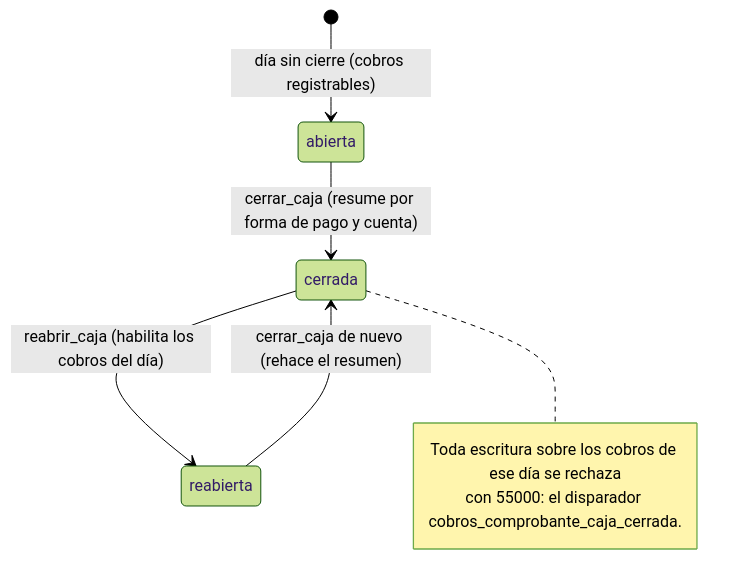
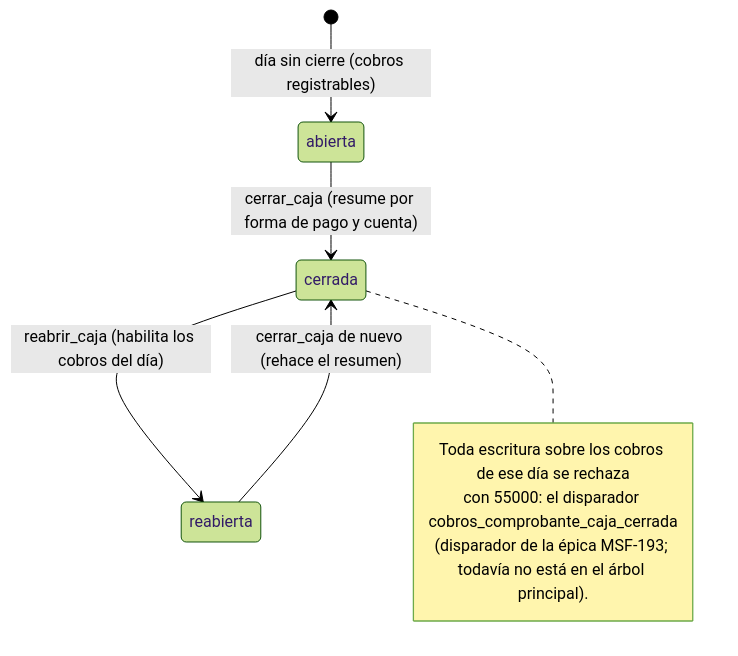
One commit to nicolasjones/multistorefront-meli changed diagram 27 of 48 in docs/tecnico/flujos.md. Above: the diagram before and after it, drawn with Mermaid (forest theme). The commit also changed 7 other files, not shown here.

````diff
--- a/docs/tecnico/flujos.md
+++ b/docs/tecnico/flujos.md
@@ -594,11 +594,12 @@
 ```mermaid
 stateDiagram-v2
   [*] --> abierta: día sin cierre (cobros registrables)
   abierta --> cerrada: cerrar_caja (resume por forma de pago y cuenta)
   cerrada --> reabierta: reabrir_caja (habilita los cobros del día)
   reabierta --> cerrada: cerrar_caja de nuevo (rehace el resumen)
   note right of cerrada
     Toda escritura sobre los cobros de ese día se rechaza
-    con 55000: el disparador cobros_comprobante_caja_cerrada.
+    con 55000: el disparador cobros_comprobante_caja_cerrada
+    (disparador de la épica MSF-193; todavía no está en el árbol principal).
   end note
 ```
````
